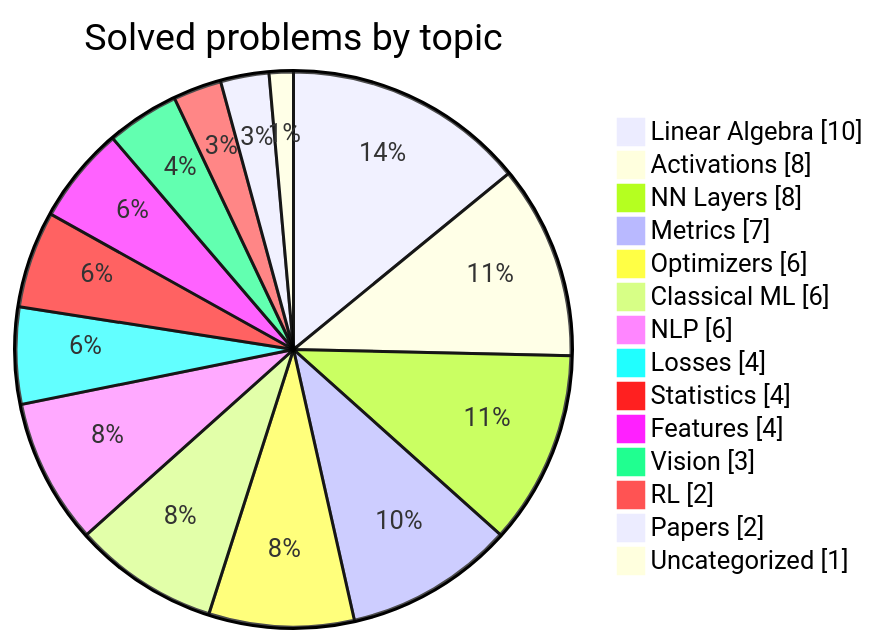
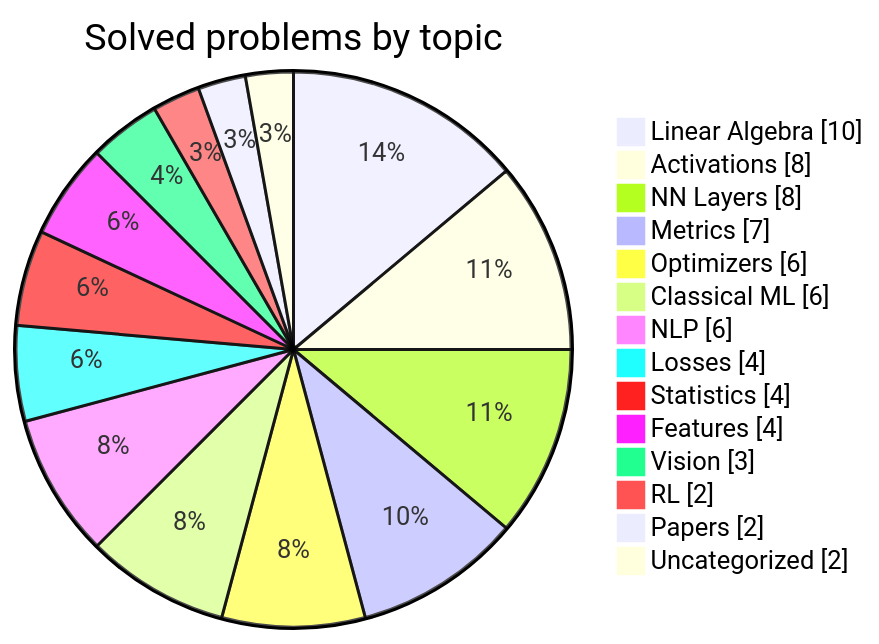
Before and after one commit to HarryTrn/TensorTonic-Solutions: the second of 2 diagrams in README.md, drawn with Mermaid. The commit also changed other lines of this file, not shown here.

````diff
--- a/README.md
+++ b/README.md
@@ -74,18 +74,18 @@
 ```mermaid
 pie showData
     title Solved problems by topic
     "Linear Algebra" : 10
     "Activations" : 8
     "NN Layers" : 8
     "Metrics" : 7
     "Optimizers" : 6
     "Classical ML" : 6
     "NLP" : 6
     "Losses" : 4
     "Statistics" : 4
     "Features" : 4
     "Vision" : 3
     "RL" : 2
     "Papers" : 2
-    "Uncategorized" : 1
+    "Uncategorized" : 2
 ```
````
